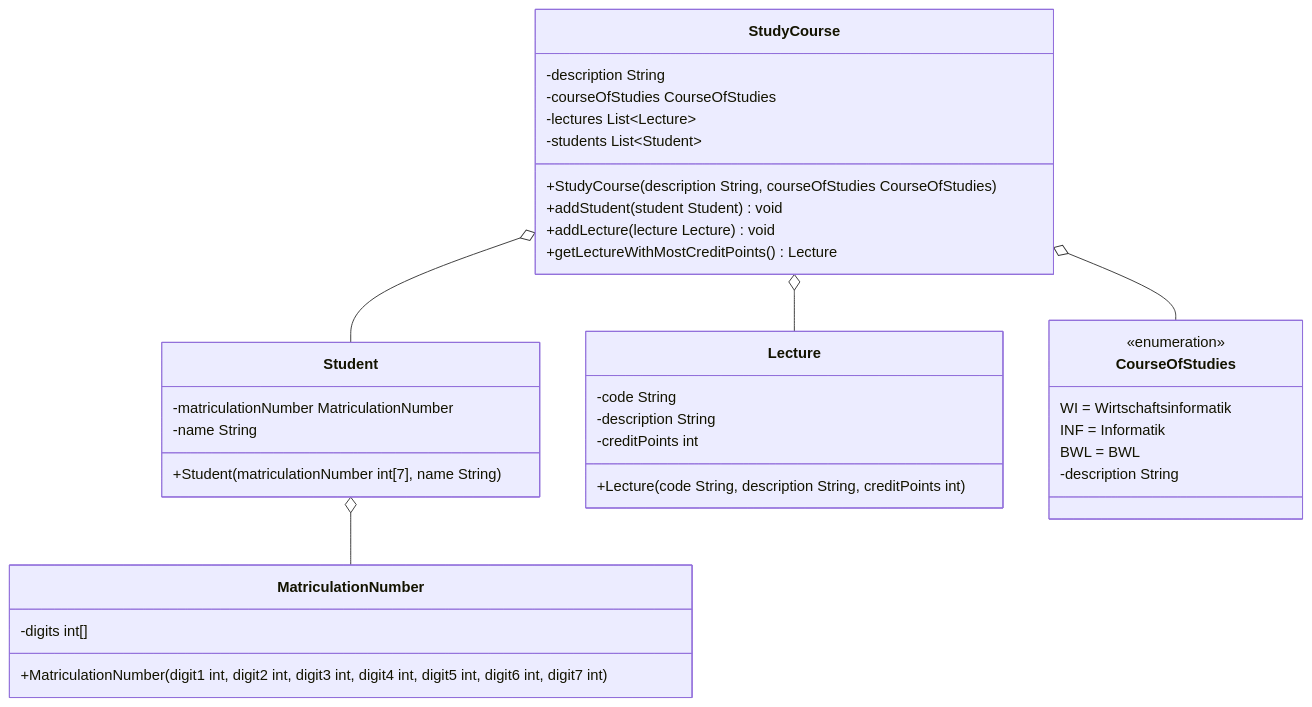
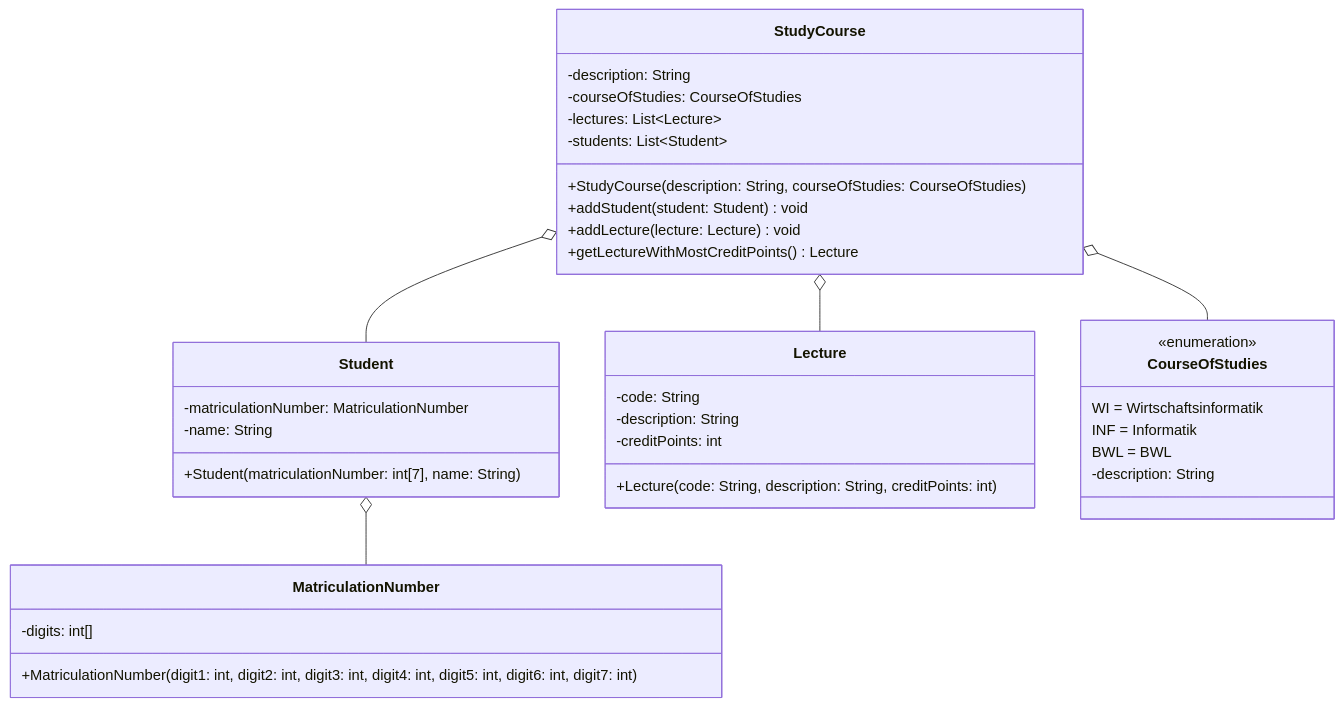
Before and after one commit to jappuccini/java-docs: the diagram in docs/exam-exercises/exam-exercises-java1/student-course.md, drawn with Mermaid. The commit also changed other lines of this file and 76 other files, not shown here.

Commit message:
uml fixes (colons, properties), headline fixes (italic) and exam result updates

````diff
--- a/docs/exam-exercises/exam-exercises-java1/student-course.md
+++ b/docs/exam-exercises/exam-exercises-java1/student-course.md
@@ -12,44 +12,44 @@
 ```mermaid
 classDiagram
     StudyCourse o-- Student
     StudyCourse o-- Lecture
     StudyCourse o-- CourseOfStudies
     Student o-- MatriculationNumber
 
     class MatriculationNumber {
-        -digits int[]
-        +MatriculationNumber(digit1 int, digit2 int, digit3 int, digit4 int, digit5 int, digit6 int, digit7 int)
+        -digits: int[]
+        +MatriculationNumber(digit1: int, digit2: int, digit3: int, digit4: int, digit5: int, digit6: int, digit7: int)
     }
 
     class Student {
-        -matriculationNumber MatriculationNumber
-        -name String
-        +Student(matriculationNumber int[7], name String)
+        -matriculationNumber: MatriculationNumber
+        -name: String
+        +Student(matriculationNumber: int[7], name: String)
     }
 
     class Lecture {
-        -code String
-        -description String
-        -creditPoints int
-        +Lecture(code String, description String, creditPoints int)
+        -code: String
+        -description: String
+        -creditPoints: int
+        +Lecture(code: String, description: String, creditPoints: int)
     }
 
     class StudyCourse {
-        -description String
-        -courseOfStudies CourseOfStudies
-        -lectures List~Lecture~
-        -students List~Student~
-        +StudyCourse(description String, courseOfStudies CourseOfStudies)
-        +addStudent(student Student) void
-        +addLecture(lecture Lecture) void
+        -description: String
+        -courseOfStudies: CourseOfStudies
+        -lectures: List~Lecture~
+        -students: List~Student~
+        +StudyCourse(description: String, courseOfStudies: CourseOfStudies)
+        +addStudent(student: Student) void
+        +addLecture(lecture: Lecture) void
         +getLectureWithMostCreditPoints() Lecture
     }
 
     class CourseOfStudies {
         <<enumeration>>
         WI = Wirtschaftsinformatik
         INF = Informatik
         BWL = BWL
-        -description String
+        -description: String
     }
 ```
````
